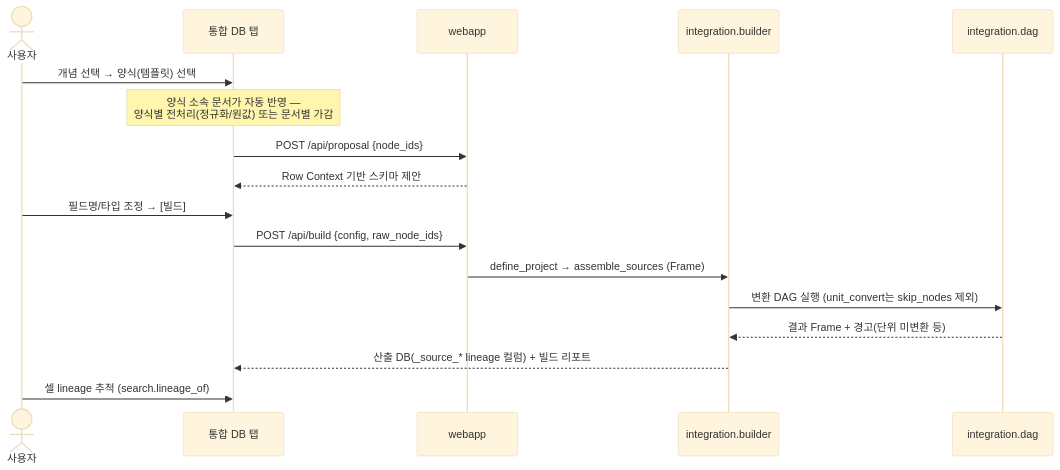
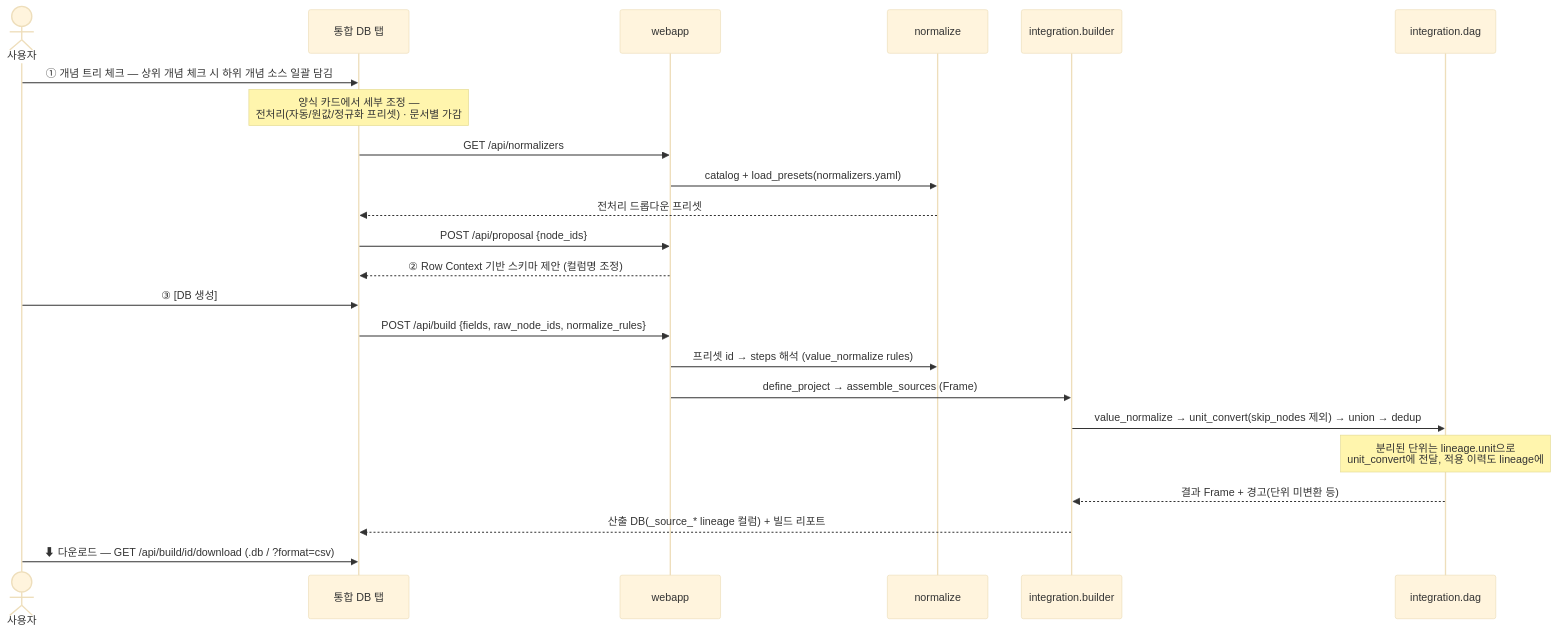
One commit to ujajuck/data_gathering changed diagram 13 of 15 in docs/ARCHITECTURE.md. Above: the diagram before and after it, drawn with Mermaid (base theme). The commit also changed other lines of this file and 4 other files, not shown here.

First line of the commit message:
문서 갱신 — 정규화 레지스트리·개념 트리·다운로드 구조 반영

````diff
--- a/docs/ARCHITECTURE.md
+++ b/docs/ARCHITECTURE.md
@@ -569,20 +579,26 @@
 ```mermaid
 sequenceDiagram
     actor U as 사용자
     participant DB as 통합 DB 탭
     participant W as webapp
+    participant N as normalize
     participant B as integration.builder
     participant D as integration.dag
 
-    U->>DB: 개념 선택 → 양식(템플릿) 선택
-    Note over DB: 양식 소속 문서가 자동 반영 —<br/>양식별 전처리(정규화/원값) 또는 문서별 가감
+    U->>DB: ① 개념 트리 체크 — 상위 개념 체크 시 하위 개념 소스 일괄 담김
+    Note over DB: 양식 카드에서 세부 조정 —<br/>전처리(자동/원값/정규화 프리셋) · 문서별 가감
+    DB->>W: GET /api/normalizers
+    W->>N: catalog + load_presets(normalizers.yaml)
+    N-->>DB: 전처리 드롭다운 프리셋
     DB->>W: POST /api/proposal {node_ids}
-    W-->>DB: Row Context 기반 스키마 제안
-    U->>DB: 필드명/타입 조정 → [빌드]
-    DB->>W: POST /api/build {config, raw_node_ids}
+    W-->>DB: ② Row Context 기반 스키마 제안 (컬럼명 조정)
+    U->>DB: ③ [DB 생성]
+    DB->>W: POST /api/build {fields, raw_node_ids, normalize_rules}
+    W->>N: 프리셋 id → steps 해석 (value_normalize rules)
     W->>B: define_project → assemble_sources (Frame)
-    B->>D: 변환 DAG 실행 (unit_convert는 skip_nodes 제외)
+    B->>D: value_normalize → unit_convert(skip_nodes 제외) → union → dedup
+    Note over D: 분리된 단위는 lineage.unit으로<br/>unit_convert에 전달, 적용 이력도 lineage에
     D-->>B: 결과 Frame + 경고(단위 미변환 등)
     B-->>DB: 산출 DB(_source_* lineage 컬럼) + 빌드 리포트
-    U->>DB: 셀 lineage 추적 (search.lineage_of)
+    U->>DB: ⬇ 다운로드 — GET /api/build/id/download (.db / ?format=csv)
 ```
````
